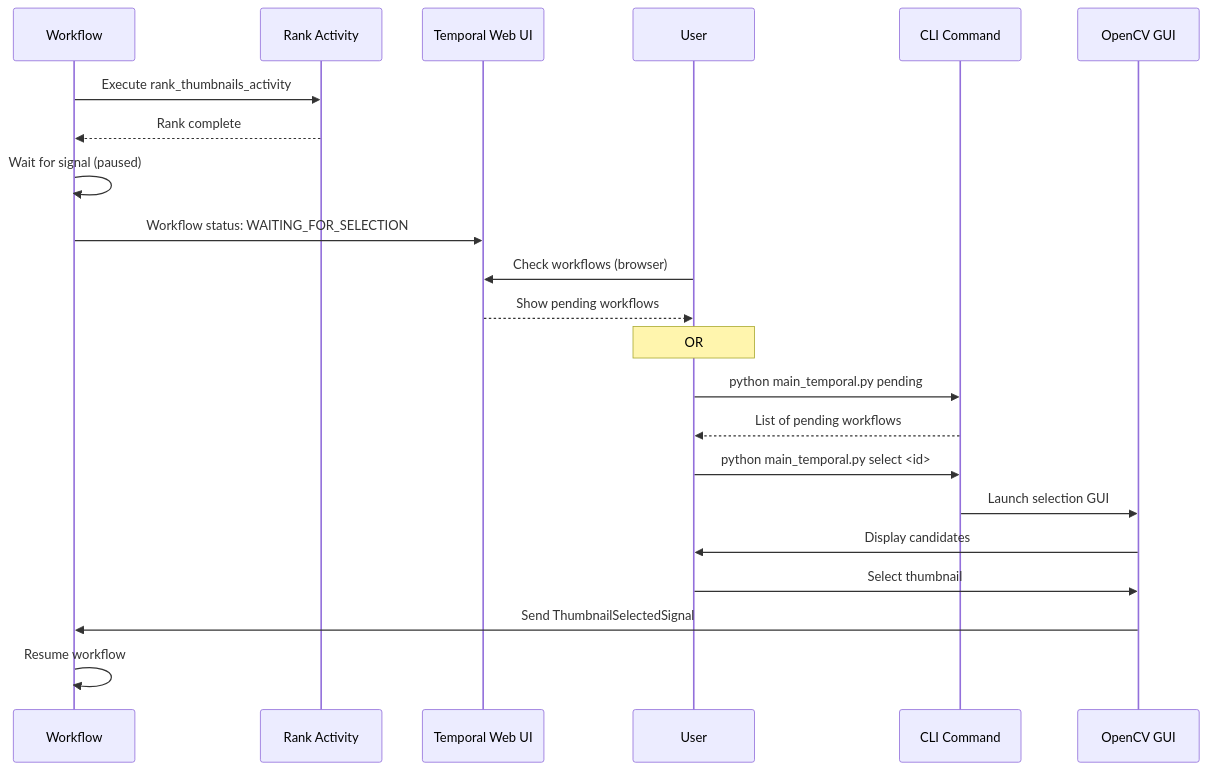
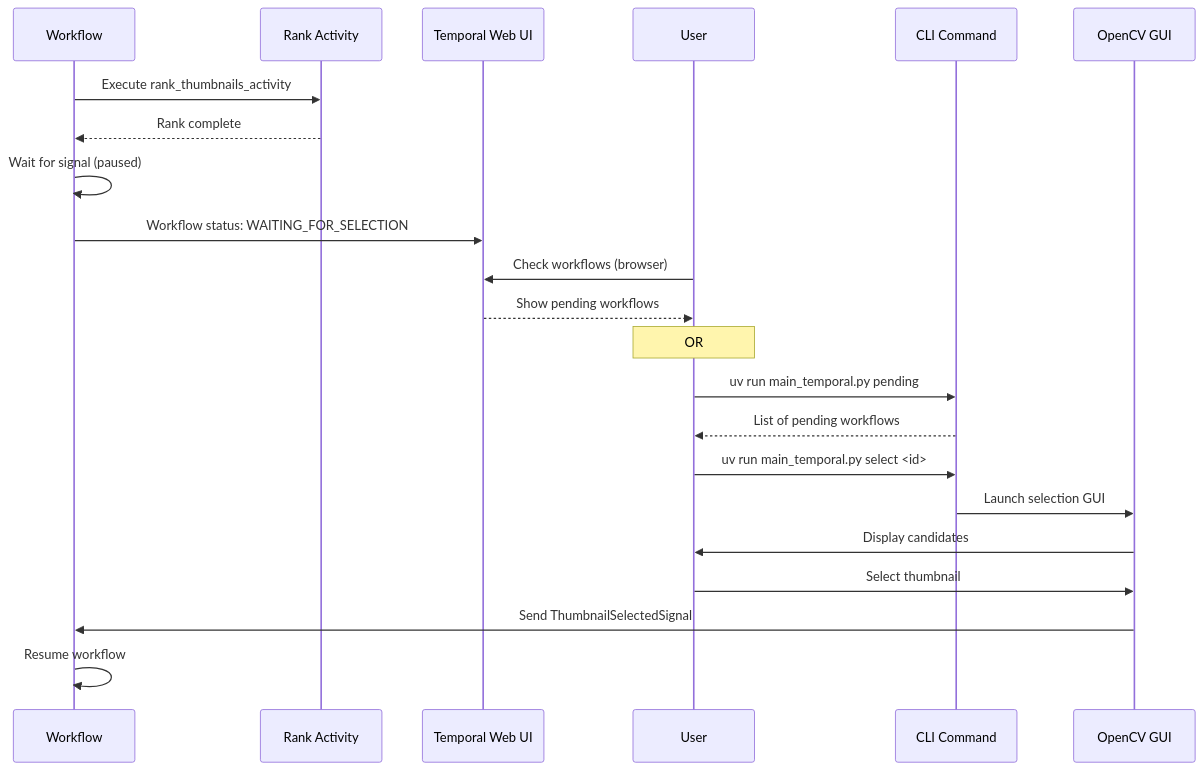
The second of 2 diagrams in .cursor/plans/temporal_workflow_migration_8586b33f.plan.md (leo-le-07/cafe-badminton-uploader), drawn with Mermaid before and after one commit. The commit also changed other lines of this file and 19 other files, not shown here.

````diff
--- a/.cursor/plans/temporal_workflow_migration_8586b33f.plan.md
+++ b/.cursor/plans/temporal_workflow_migration_8586b33f.plan.md
@@ -37,25 +29,25 @@
 ```mermaid
 sequenceDiagram
     participant W as Workflow
     participant R as Rank Activity
     participant UI as Temporal Web UI
     participant U as User
     participant CLI as CLI Command
     participant GUI as OpenCV GUI
     
     W->>R: Execute rank_thumbnails_activity
     R-->>W: Rank complete
     W->>W: Wait for signal (paused)
     W->>UI: Workflow status: WAITING_FOR_SELECTION
     U->>UI: Check workflows (browser)
     UI-->>U: Show pending workflows
     Note over U: OR
-    U->>CLI: python main_temporal.py pending
+    U->>CLI: uv run main_temporal.py pending
     CLI-->>U: List of pending workflows
-    U->>CLI: python main_temporal.py select <id>
+    U->>CLI: uv run main_temporal.py select <id>
     CLI->>GUI: Launch selection GUI
     GUI->>U: Display candidates
     U->>GUI: Select thumbnail
     GUI->>W: Send ThumbnailSelectedSignal
     W->>W: Resume workflow
 ```
````
